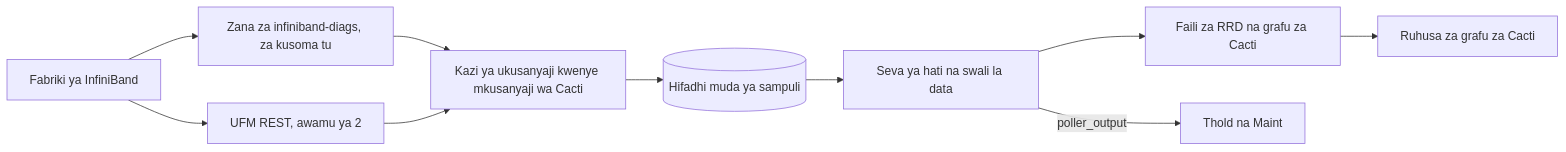
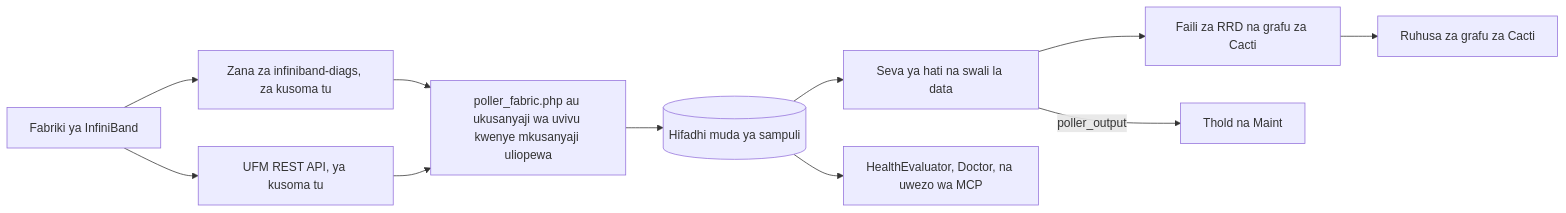
One commit to somethingwithproof/plugin_fabric changed the diagram in docs/i18n/sw-KE/README.md. Above: the diagram before and after it, drawn with Mermaid. The commit also changed other lines of this file and 48 other files, not shown here.

````diff
--- a/docs/i18n/sw-KE/README.md
+++ b/docs/i18n/sw-KE/README.md
@@ -102,12 +132,13 @@
 ```mermaid
 flowchart LR
     F[Fabriki ya InfiniBand] --> T[Zana za infiniband-diags, za kusoma tu]
-    F --> U[UFM REST, awamu ya 2]
-    T --> S[Kazi ya ukusanyaji kwenye mkusanyaji wa Cacti]
+    F --> U[UFM REST API, ya kusoma tu]
+    T --> S[poller_fabric.php au ukusanyaji wa uvivu kwenye mkusanyaji uliopewa]
     U --> S
     S --> C[(Hifadhi muda ya sampuli)]
     C --> SS[Seva ya hati na swali la data]
     SS --> R[Faili za RRD na grafu za Cacti]
     SS -->|poller_output| TH[Thold na Maint]
+    C --> H[HealthEvaluator, Doctor, na uwezo wa MCP]
     R --> P[Ruhusa za grafu za Cacti]
 ```
````
